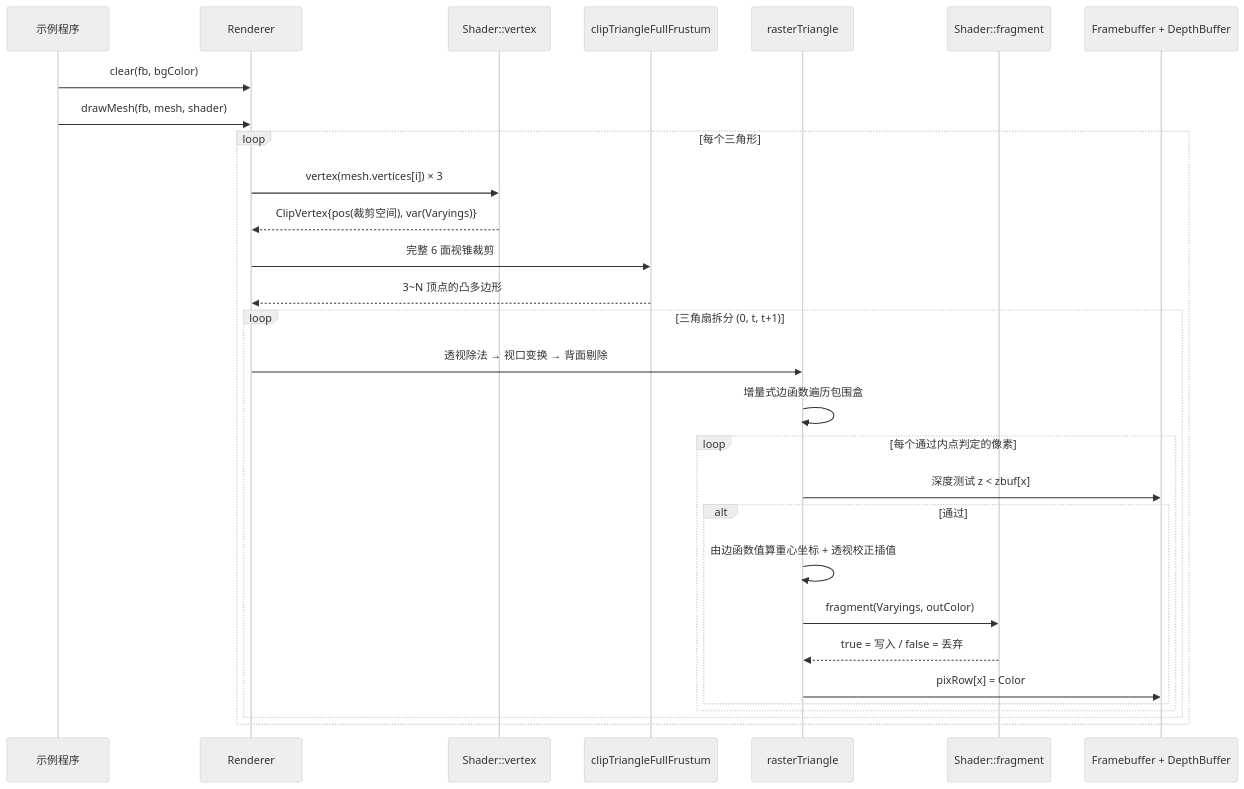
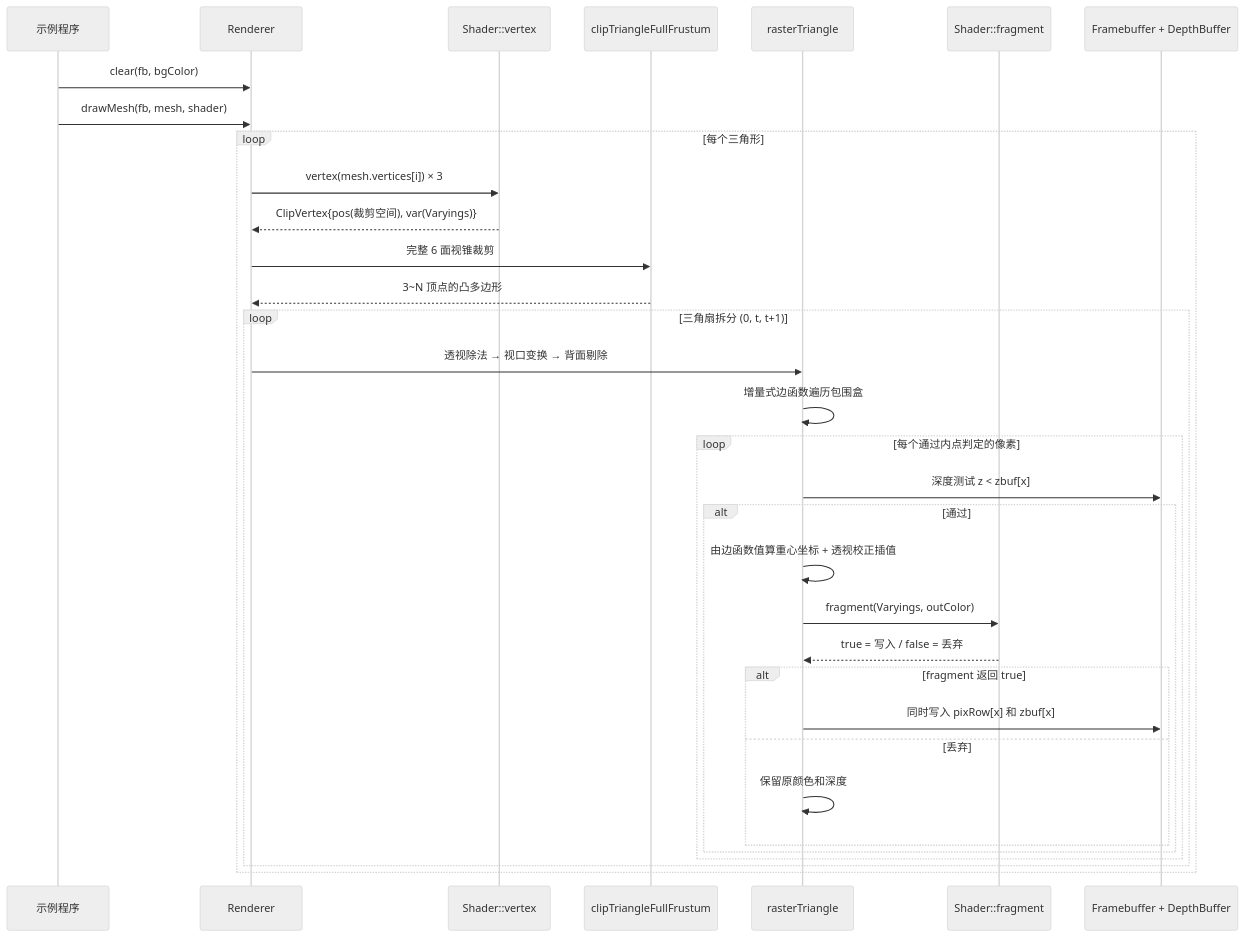
Before and after one commit to djsjis1/softrender: the second of 5 diagrams in docs/architecture.md, drawn with Mermaid (neutral theme). The commit also changed other lines of this file and 104 other files, not shown here.

````diff
--- a/docs/architecture.md
+++ b/docs/architecture.md
@@ -188,32 +193,36 @@
 ```mermaid
 sequenceDiagram
     participant App as 示例程序
     participant R as Renderer
     participant VS as Shader::vertex
     participant Clip as clipTriangleFullFrustum
     participant Rast as rasterTriangle
     participant FS as Shader::fragment
     participant FB as Framebuffer + DepthBuffer
 
     App->>R: clear(fb, bgColor)
     App->>R: drawMesh(fb, mesh, shader)
     loop 每个三角形
         R->>VS: vertex(mesh.vertices[i]) × 3
         VS-->>R: ClipVertex{pos(裁剪空间), var(Varyings)}
         R->>Clip: 完整 6 面视锥裁剪
         Clip-->>R: 3~N 顶点的凸多边形
         loop 三角扇拆分 (0, t, t+1)
             R->>Rast: 透视除法 → 视口变换 → 背面剔除
             Rast->>Rast: 增量式边函数遍历包围盒
             loop 每个通过内点判定的像素
                 Rast->>FB: 深度测试 z < zbuf[x]
                 alt 通过
                     Rast->>Rast: 由边函数值算重心坐标 + 透视校正插值
                     Rast->>FS: fragment(Varyings, outColor)
                     FS-->>Rast: true = 写入 / false = 丢弃
-                    Rast->>FB: pixRow[x] = Color
+                    alt fragment 返回 true
+                        Rast->>FB: 同时写入 pixRow[x] 和 zbuf[x]
+                    else 丢弃
+                        Rast->>Rast: 保留原颜色和深度
+                    end
                 end
             end
         end
     end
 ```
````
